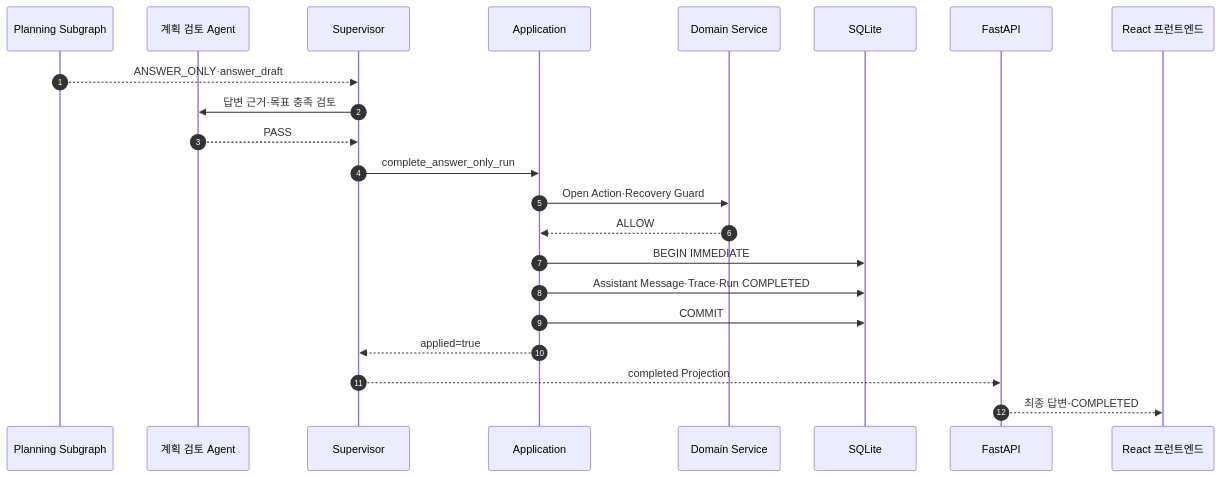
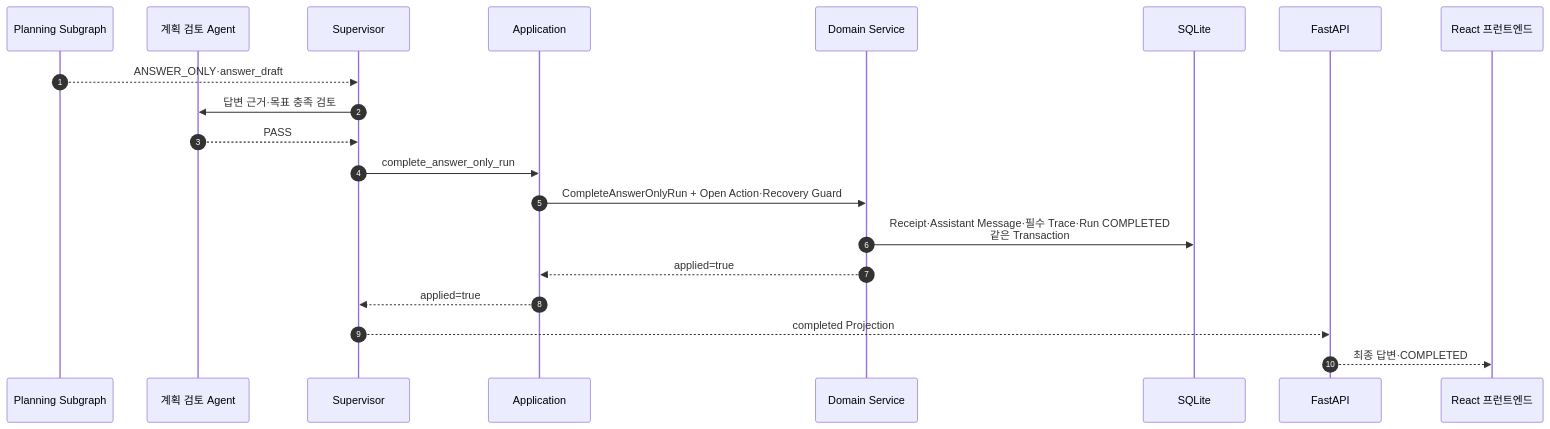
The seventh of 20 diagrams in docs/08-sequence-design.md (solar-ai-dev/google-work-agent), drawn with Mermaid before and after one commit. The commit also changed other lines of this file and 16 other files, not shown here.

````diff
--- a/docs/08-sequence-design.md
+++ b/docs/08-sequence-design.md
@@ -408,25 +434,23 @@
 ```mermaid
 sequenceDiagram
     autonumber
     participant PLAN as Planning Subgraph
     participant REVIEW as 계획 검토 Agent
     participant SUP as Supervisor
     participant APP as Application
     participant DOM as Domain Service
     participant DB as SQLite
     participant API as FastAPI
     participant FE as React 프런트엔드
 
     PLAN-->>SUP: ANSWER_ONLY·answer_draft
     SUP->>REVIEW: 답변 근거·목표 충족 검토
     REVIEW-->>SUP: PASS
     SUP->>APP: complete_answer_only_run
-    APP->>DOM: Open Action·Recovery Guard
-    DOM-->>APP: ALLOW
-    APP->>DB: BEGIN IMMEDIATE
-    APP->>DB: Assistant Message·Trace·Run COMPLETED
-    APP->>DB: COMMIT
+    APP->>DOM: CompleteAnswerOnlyRun + Open Action·Recovery Guard
+    DOM->>DB: Receipt·Assistant Message·필수 Trace·Run COMPLETED<br>같은 Transaction
+    DOM-->>APP: applied=true
     APP-->>SUP: applied=true
     SUP-->>API: completed Projection
     API-->>FE: 최종 답변·COMPLETED
 ```
````
